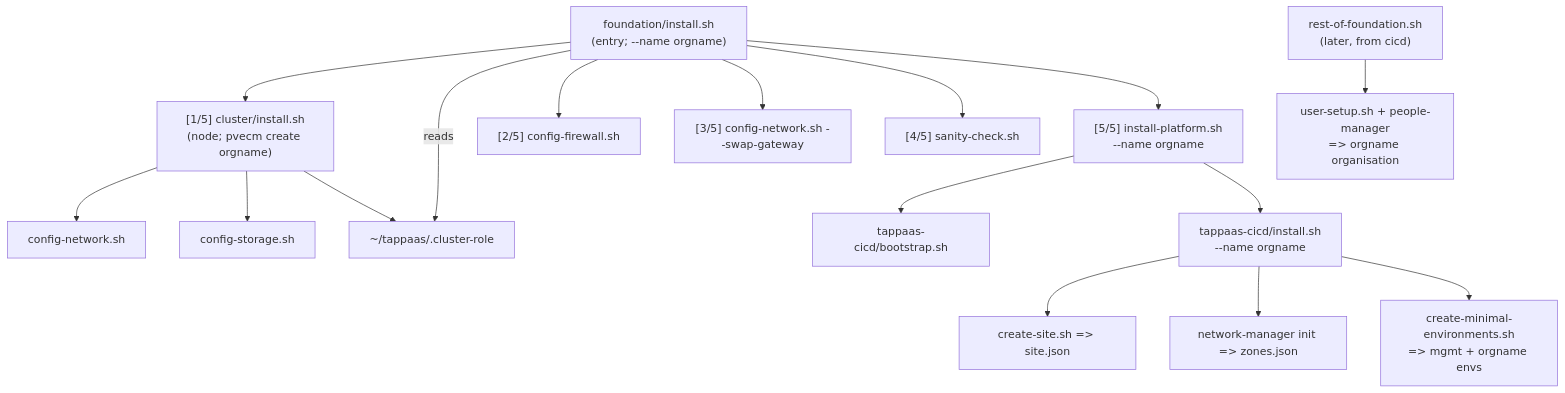
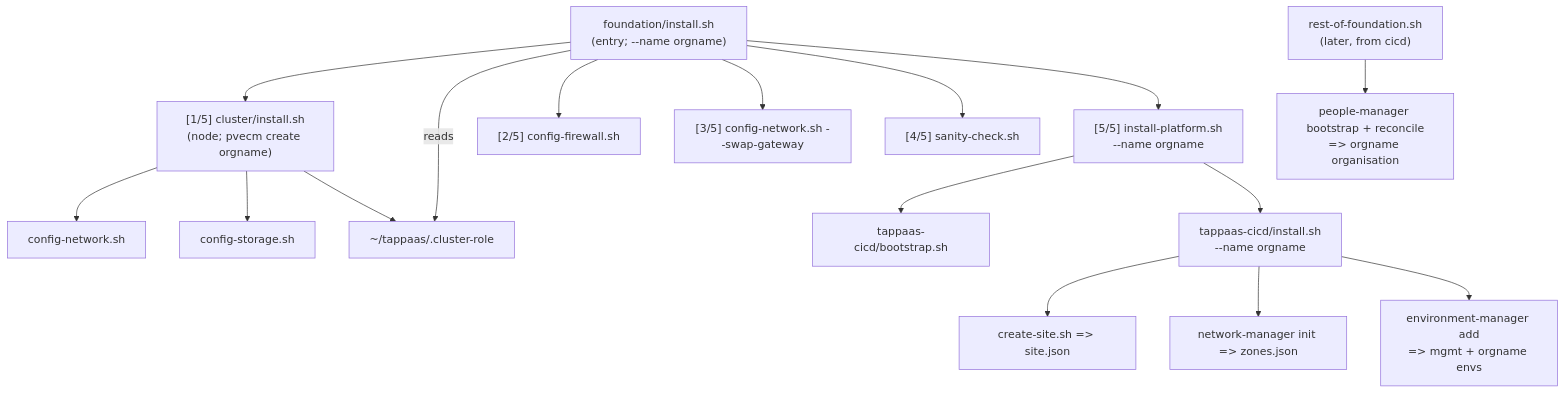
The first of 6 diagrams in src/foundation/DEPENDENCIES.md (TAPPaaS/TAPPaaS), drawn with Mermaid before and after one commit. The commit also changed other lines of this file and 63 other files, not shown here.

````diff
--- a/src/foundation/DEPENDENCIES.md
+++ b/src/foundation/DEPENDENCIES.md
@@ -213,18 +215,18 @@
 ```mermaid
 graph TD
     FI["foundation/install.sh<br/>(entry; --name orgname)"] --> CI["[1/5] cluster/install.sh<br/>(node; pvecm create orgname)"]
     CI --> CN["config-network.sh"]
     CI --> CS["config-storage.sh"]
     CI --> ROLE["~/tappaas/.cluster-role"]
     FI -->|reads| ROLE
     FI --> FW["[2/5] config-firewall.sh"]
     FI --> CUT["[3/5] config-network.sh --swap-gateway"]
     FI --> SAN["[4/5] sanity-check.sh"]
     FI --> IP["[5/5] install-platform.sh<br/>--name orgname"]
     IP --> BS["tappaas-cicd/bootstrap.sh"]
     IP --> CICD["tappaas-cicd/install.sh<br/>--name orgname"]
     CICD --> CSITE["create-site.sh => site.json"]
     CICD --> ZI["network-manager init => zones.json"]
-    CICD --> CME["create-minimal-environments.sh<br/>=> mgmt + orgname envs"]
-    ROF["rest-of-foundation.sh<br/>(later, from cicd)"] --> US["user-setup.sh + people-manager<br/>=> orgname organisation"]
+    CICD --> CME["environment-manager add<br/>=> mgmt + orgname envs"]
+    ROF["rest-of-foundation.sh<br/>(later, from cicd)"] --> US["people-manager bootstrap + reconcile<br/>=> orgname organisation"]
 ```
````
